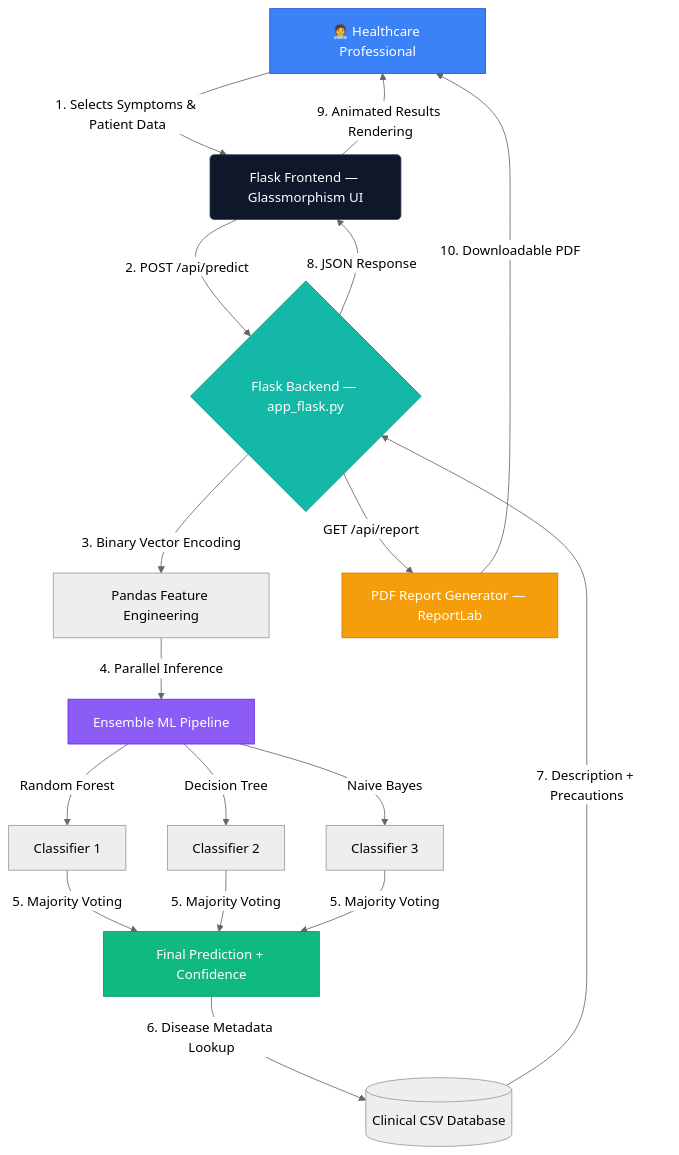
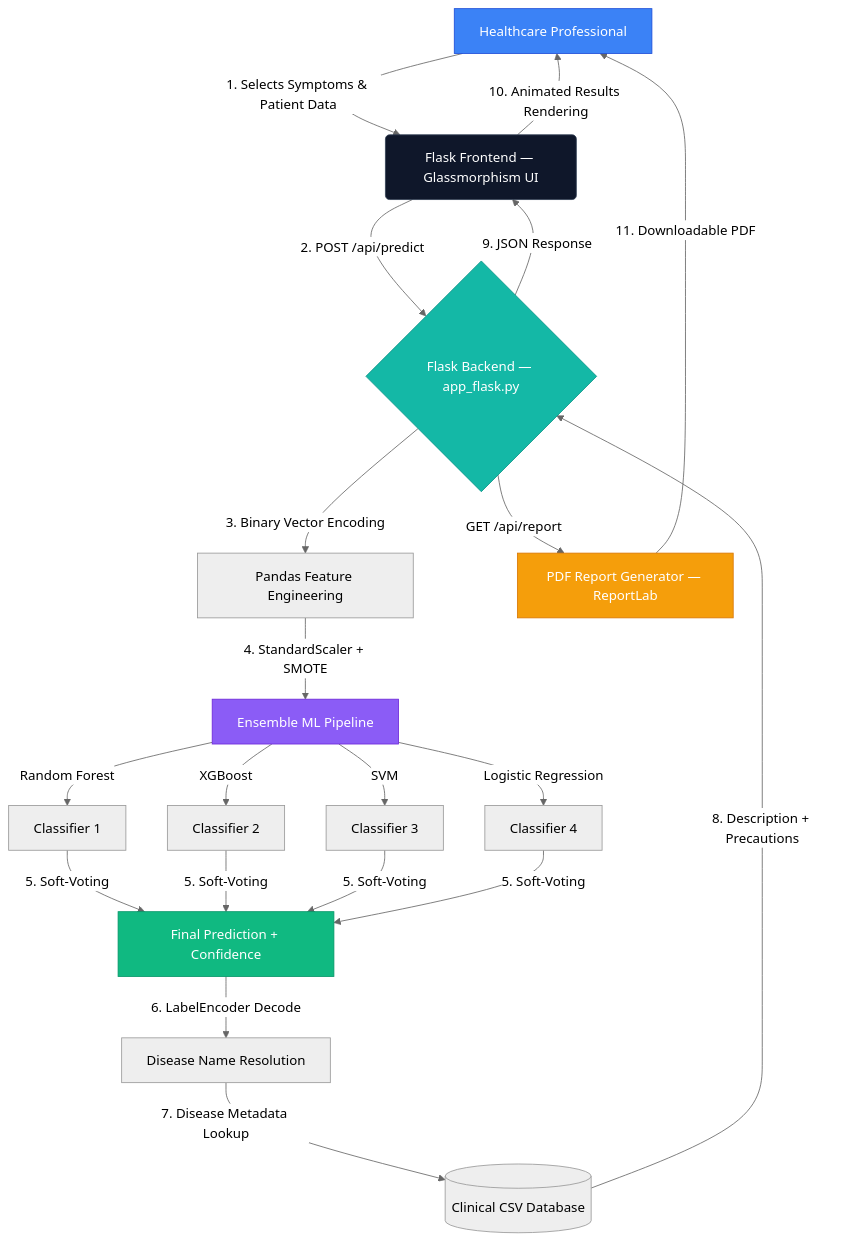
One commit to yashmsinha28/medical-diagnosis changed the diagram in README.md. Above: the diagram before and after it, drawn with Mermaid (neutral theme). The commit also changed other lines of this file, not shown here.

Commit message:
Update README with accurate 4-classifier ensemble, Render deployment, and live URL

````diff
--- a/README.md
+++ b/README.md
@@ -65,25 +73,27 @@
 ```mermaid
 graph TD
-    A["🧑‍⚕️ Healthcare Professional"] -->|"1. Selects Symptoms & Patient Data"| B("Flask Frontend — Glassmorphism UI")
+    A["Healthcare Professional"] -->|"1. Selects Symptoms & Patient Data"| B("Flask Frontend — Glassmorphism UI")
     B -->|"2. POST /api/predict"| C{"Flask Backend — app_flask.py"}
     C -->|"3. Binary Vector Encoding"| D["Pandas Feature Engineering"]
-    D -->|"4. Parallel Inference"| E["Ensemble ML Pipeline"]
+    D -->|"4. StandardScaler + SMOTE"| E["Ensemble ML Pipeline"]
     E -->|"Random Forest"| F["Classifier 1"]
-    E -->|"Decision Tree"| G["Classifier 2"]
-    E -->|"Naive Bayes"| H["Classifier 3"]
-    F & G & H -->|"5. Majority Voting"| I["Final Prediction + Confidence"]
-    I -->|"6. Disease Metadata Lookup"| J[("Clinical CSV Database")]
-    J -->|"7. Description + Precautions"| C
-    C -->|"8. JSON Response"| B
-    B -->|"9. Animated Results Rendering"| A
+    E -->|"XGBoost"| G["Classifier 2"]
+    E -->|"SVM"| H["Classifier 3"]
+    E -->|"Logistic Regression"| I["Classifier 4"]
+    F & G & H & I -->|"5. Soft-Voting"| J["Final Prediction + Confidence"]
+    J -->|"6. LabelEncoder Decode"| K["Disease Name Resolution"]
+    K -->|"7. Disease Metadata Lookup"| L[("Clinical CSV Database")]
+    L -->|"8. Description + Precautions"| C
+    C -->|"9. JSON Response"| B
+    B -->|"10. Animated Results Rendering"| A
 
-    C -->|"GET /api/report"| K["PDF Report Generator — ReportLab"]
-    K -->|"10. Downloadable PDF"| A
+    C -->|"GET /api/report"| M["PDF Report Generator — ReportLab"]
+    M -->|"11. Downloadable PDF"| A
 
     style A fill:#3b82f6,stroke:#1d4ed8,color:#fff
     style B fill:#0f172a,stroke:#334155,color:#fff
     style C fill:#14b8a6,stroke:#0d9488,color:#fff
     style E fill:#8b5cf6,stroke:#6d28d9,color:#fff
-    style I fill:#10b981,stroke:#059669,color:#fff
-    style K fill:#f59e0b,stroke:#d97706,color:#fff
+    style J fill:#10b981,stroke:#059669,color:#fff
+    style M fill:#f59e0b,stroke:#d97706,color:#fff
 ```
````
